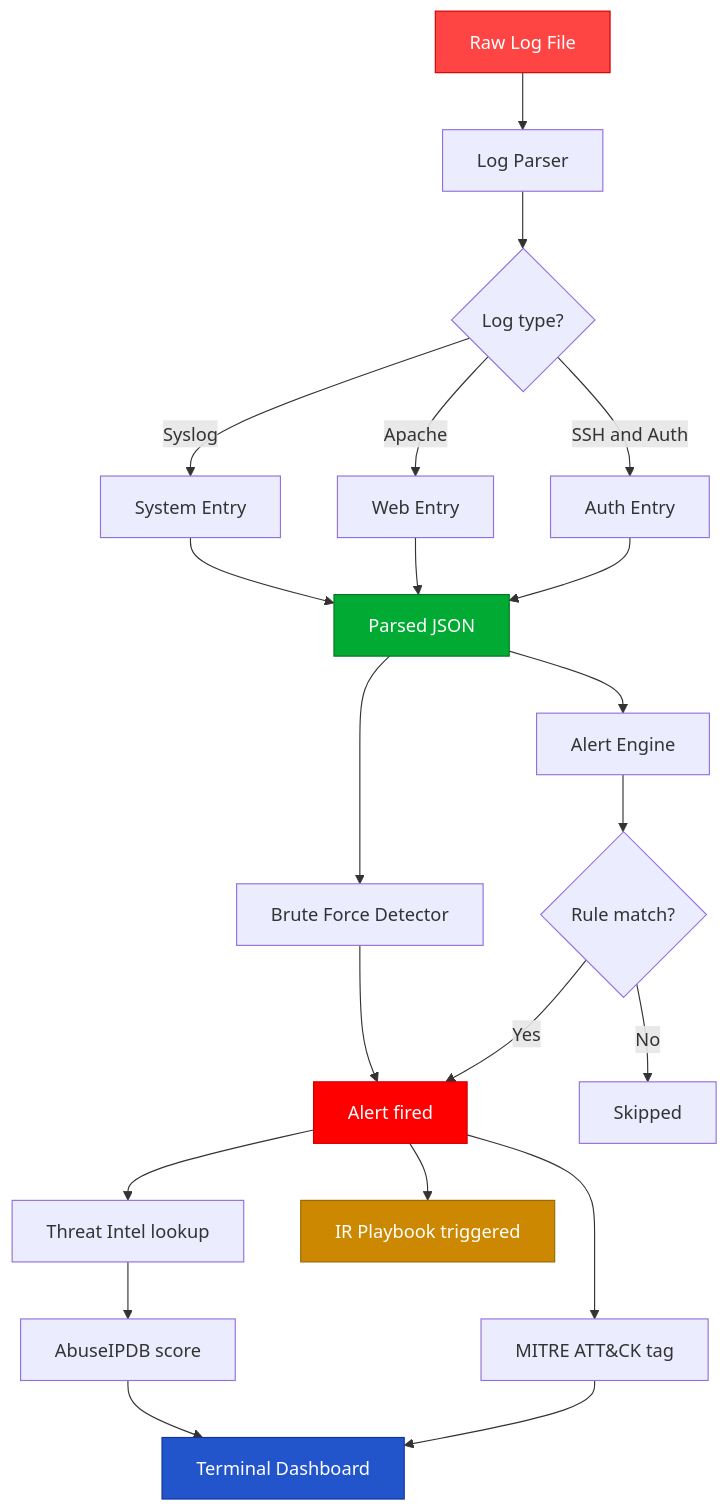
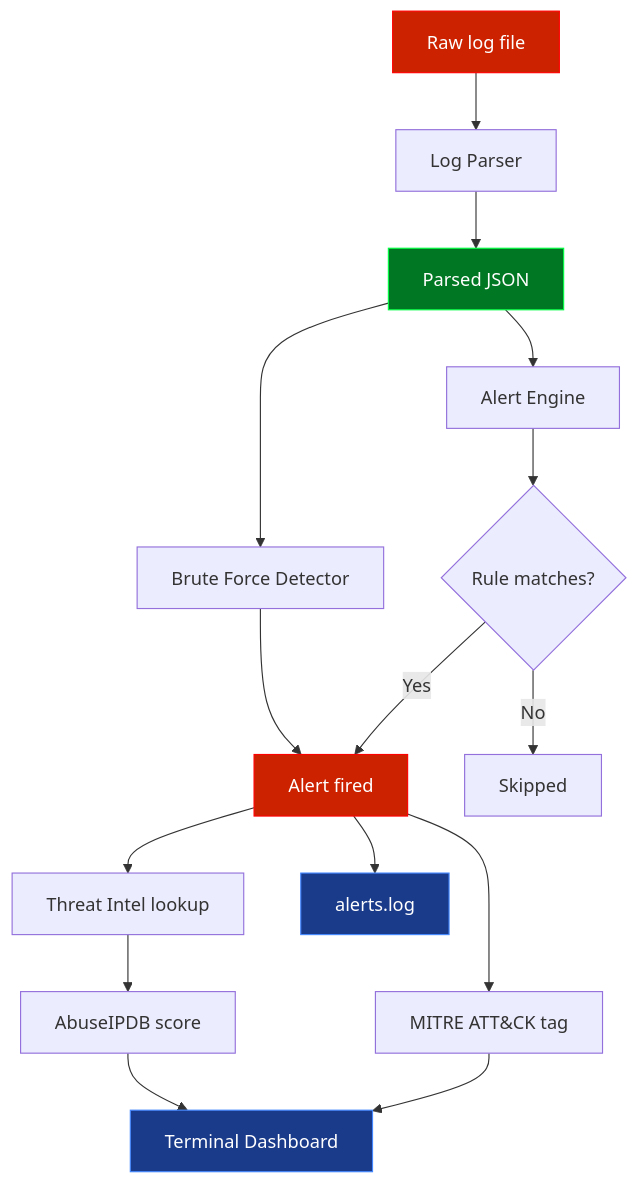
The first of 3 diagrams in README.md (Speed-boo3/soc-project), drawn with Mermaid before and after one commit. The commit also changed other lines of this file, not shown here.

````diff
--- a/README.md
+++ b/README.md
@@ -147,26 +46,22 @@
 ```mermaid
 flowchart TD
-    A[Raw Log File] --> B[Log Parser]
-    B --> C{Log type?}
-    C -->|SSH and Auth| D[Auth Entry]
-    C -->|Apache| E[Web Entry]
-    C -->|Syslog| F[System Entry]
-    D & E & F --> G[Parsed JSON]
-    G --> H[Alert Engine]
-    G --> P[Brute Force Detector]
-    H --> I{Rule match?}
-    I -->|Yes| J[Alert fired]
-    I -->|No| K[Skipped]
-    P --> J
-    J --> L[MITRE ATT&CK tag]
-    J --> M[Threat Intel lookup]
-    M --> N[AbuseIPDB score]
-    L & N --> O[Terminal Dashboard]
-    J --> Q[IR Playbook triggered]
+    A[Raw log file] --> B[Log Parser]
+    B --> C[Parsed JSON]
+    C --> D[Alert Engine]
+    C --> E[Brute Force Detector]
+    D --> F{Rule matches?}
+    F -->|Yes| G[Alert fired]
+    F -->|No| H[Skipped]
+    E --> G
+    G --> I[MITRE ATT&CK tag]
+    G --> J[Threat Intel lookup]
+    J --> K[AbuseIPDB score]
+    I & K --> L[Terminal Dashboard]
+    G --> M[alerts.log]
 
-    style A fill:#ff4444,color:#ffffff,stroke:#cc0000
-    style J fill:#ff0000,color:#ffffff,stroke:#cc0000
-    style G fill:#00aa33,color:#ffffff,stroke:#007722
-    style O fill:#2255cc,color:#ffffff,stroke:#113399
-    style Q fill:#cc8800,color:#ffffff,stroke:#996600
+    style A fill:#cc2200,stroke:#ff0000,color:#ffffff
+    style G fill:#cc2200,stroke:#ff0000,color:#ffffff
+    style C fill:#007722,stroke:#00ff41,color:#ffffff
+    style L fill:#1a3a8a,stroke:#4488ff,color:#ffffff
+    style M fill:#1a3a8a,stroke:#4488ff,color:#ffffff
 ```
````
